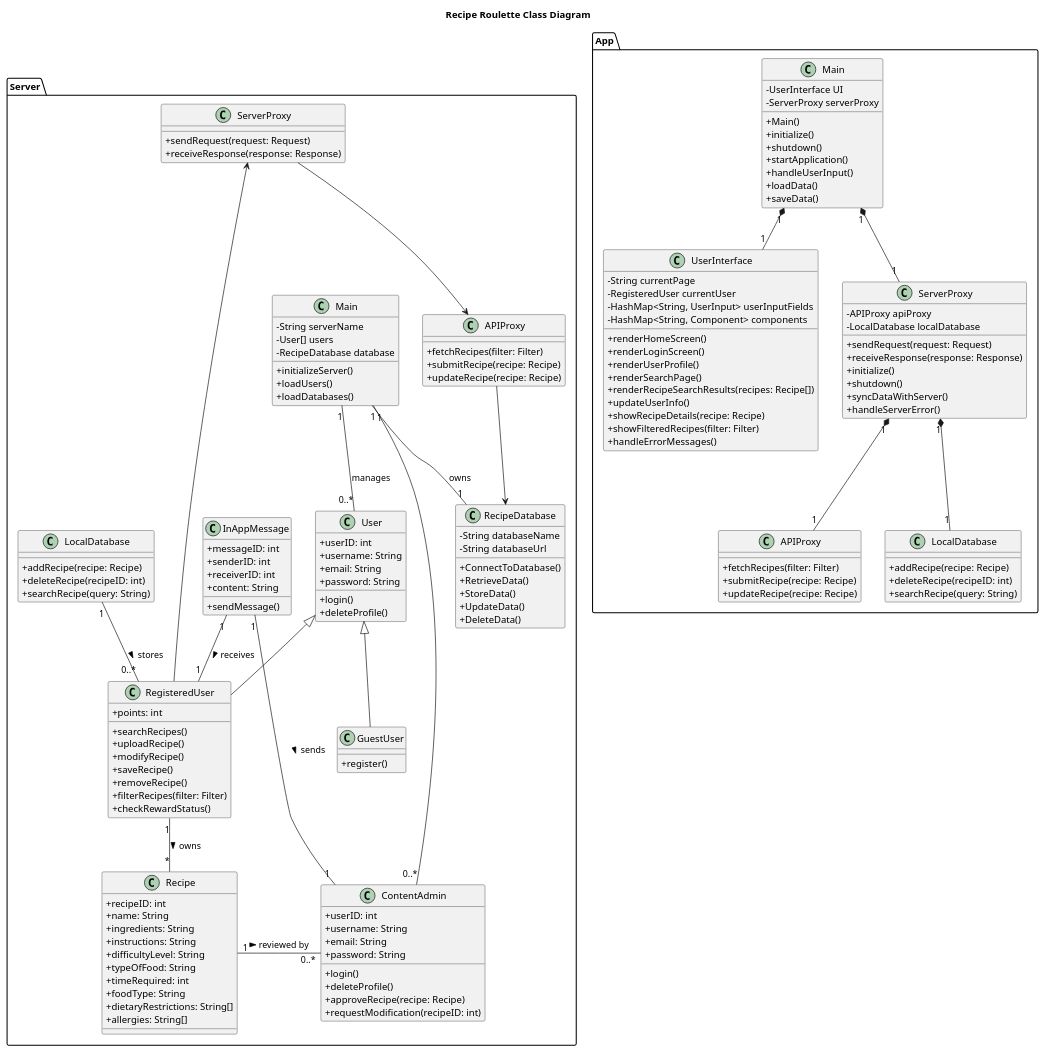
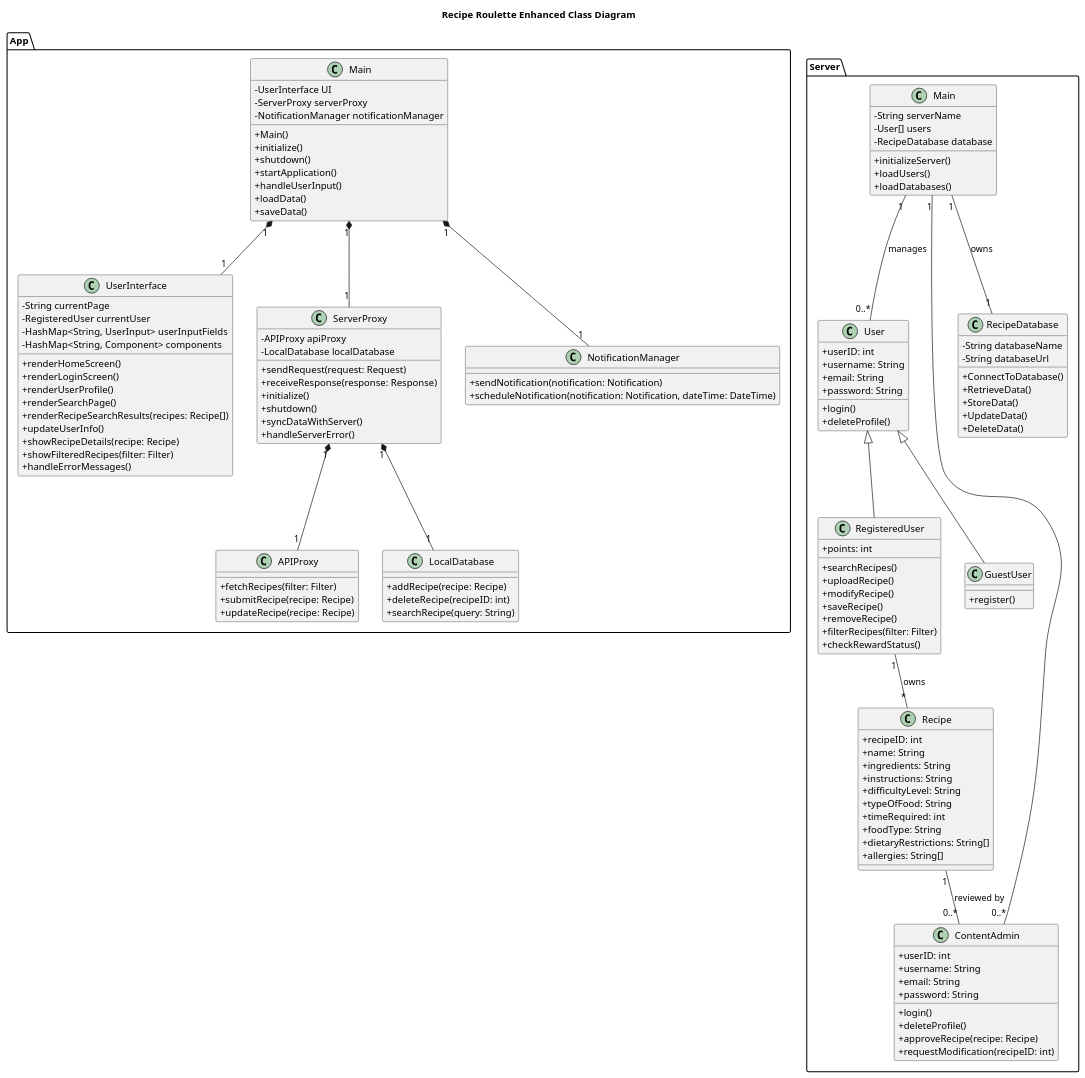
Before and after one commit to carmensat/RECIPE-ROULETTE: the diagram in DIAGRAMS/class_diagram.puml, drawn with PlantUML.

```diff
--- a/DIAGRAMS/class_diagram.puml
+++ b/DIAGRAMS/class_diagram.puml
@@ -1,178 +1,147 @@
 @startuml
 skinparam classAttributeIconSize 0
-Title: Recipe Roulette Class Diagram
-
+Title: Recipe Roulette Enhanced Class Diagram
 
 package "App" {
-
     class Main {
         - UserInterface UI
         - ServerProxy serverProxy
+        - NotificationManager notificationManager
         +Main()
         +initialize()
         +shutdown()
         +startApplication()
         +handleUserInput()
         +loadData()
         +saveData()
     }
 
     class UserInterface {
         -String currentPage
         -RegisteredUser currentUser
         -HashMap<String, UserInput> userInputFields
         -HashMap<String, Component> components
-        + renderHomeScreen()
-        + renderLoginScreen()
-        + renderUserProfile()
-        + renderSearchPage()
-        + renderRecipeSearchResults(recipes: Recipe[])
-        + updateUserInfo()
-        + showRecipeDetails(recipe: Recipe)
-        + showFilteredRecipes(filter: Filter)
-        + handleErrorMessages()
+        +renderHomeScreen()
+        +renderLoginScreen()
+        +renderUserProfile()
+        +renderSearchPage()
+        +renderRecipeSearchResults(recipes: Recipe[])
+        +updateUserInfo()
+        +showRecipeDetails(recipe: Recipe)
+        +showFilteredRecipes(filter: Filter)
+        +handleErrorMessages()
     }
 
     class ServerProxy {
-        - APIProxy apiProxy
-        - LocalDatabase localDatabase
-        + sendRequest(request: Request)
-        + receiveResponse(response: Response)
-        + initialize()
-        + shutdown()
-        + syncDataWithServer()
-        + handleServerError()
+        -APIProxy apiProxy
+        -LocalDatabase localDatabase
+        +sendRequest(request: Request)
+        +receiveResponse(response: Response)
+        +initialize()
+        +shutdown()
+        +syncDataWithServer()
+        +handleServerError()
+    }
+
+    class NotificationManager {
+        +sendNotification(notification: Notification)
+        +scheduleNotification(notification: Notification, dateTime: DateTime)
     }
 
     class APIProxy {
-        + fetchRecipes(filter: Filter)
-        + submitRecipe(recipe: Recipe)
-        + updateRecipe(recipe: Recipe)
+        +fetchRecipes(filter: Filter)
+        +submitRecipe(recipe: Recipe)
+        +updateRecipe(recipe: Recipe)
     }
 
     class LocalDatabase {
-        + addRecipe(recipe: Recipe)
-        + deleteRecipe(recipeID: int)
-        + searchRecipe(query: String)
+        +addRecipe(recipe: Recipe)
+        +deleteRecipe(recipeID: int)
+        +searchRecipe(query: String)
     }
-
 
     Main "1" *-- "1" UserInterface
     Main "1" *-- "1" ServerProxy
+    Main "1" *-- "1" NotificationManager
     ServerProxy "1" *-- "1" APIProxy
     ServerProxy "1" *-- "1" LocalDatabase
 }
 
 package "Server" {
     class Main {
         -String serverName
         -User[] users
         -RecipeDatabase database
         +initializeServer()
         +loadUsers()
         +loadDatabases()
     }
 
     class User {
         +userID: int
         +username: String
         +email: String
         +password: String
         +login()
         +deleteProfile()
     }
 
     class RegisteredUser {
         +points: int
         +searchRecipes()
         +uploadRecipe()
         +modifyRecipe()
         +saveRecipe()
         +removeRecipe()
         +filterRecipes(filter: Filter)
         +checkRewardStatus()
     }
 
     class GuestUser {
         +register()
     }
 
-    class Recipe {
-        +recipeID: int
-        +name: String
-        +ingredients: String
-        +instructions: String
-        +difficultyLevel: String
-        +typeOfFood: String
-       +timeRequired: int
-        +foodType: String
-        +dietaryRestrictions: String[]
-        +allergies: String[]
-    }
-
-
-    class LocalDatabase {
-        +addRecipe(recipe: Recipe)
-        +deleteRecipe(recipeID: int)
-        +searchRecipe(query: String)
-    }
-
     class ContentAdmin {
         +userID: int
         +username: String
         +email: String
         +password: String
         +login()
         +deleteProfile()
         +approveRecipe(recipe: Recipe)
         +requestModification(recipeID: int)
     }
 
-    class APIProxy {
-        +fetchRecipes(filter: Filter)
-        +submitRecipe(recipe: Recipe)
-        +updateRecipe(recipe: Recipe)
-    }
-
-    class InAppMessage {
-        +messageID: int
-        +senderID: int
-        +receiverID: int
-        +content: String
-        +sendMessage()
-    }
-
-    class ServerProxy {
-        +sendRequest(request: Request)
-        +receiveResponse(response: Response)
+    class Recipe {
+        +recipeID: int
+        +name: String
+        +ingredients: String
+        +instructions: String
+        +difficultyLevel: String
+        +typeOfFood: String
+        +timeRequired: int
+        +foodType: String
+        +dietaryRestrictions: String[]
+        +allergies: String[]
     }
 
     class RecipeDatabase {
         -String databaseName
         -String databaseUrl
         +ConnectToDatabase()
         +RetrieveData()
         +StoreData()
         +UpdateData()
         +DeleteData()
     }
 
-
-
     Main "1" -- "0..*" User : manages
     Main "1" -- "0..*" ContentAdmin
     Main "1" -- "1" RecipeDatabase : owns
     User <|-- RegisteredUser
     User <|-- GuestUser
-    RegisteredUser "1" -- "*" Recipe : owns >
-    Recipe "1" -right- "0..*" ContentAdmin : reviewed by >
-    LocalDatabase "1" -- "0..*" RegisteredUser : stores >
-    InAppMessage "1" -- "1" ContentAdmin : sends >
-    InAppMessage "1" -- "1" RegisteredUser : receives >
-    ServerProxy <-- RegisteredUser
-    ServerProxy --> APIProxy
-    APIProxy --> RecipeDatabase
+    RegisteredUser "1" -- "*" Recipe : owns
+    Recipe "1" -- "0..*" ContentAdmin : reviewed by
 }
 
-
 @enduml
```
